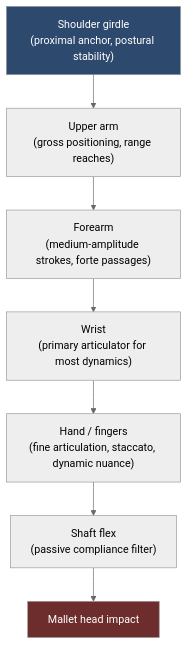
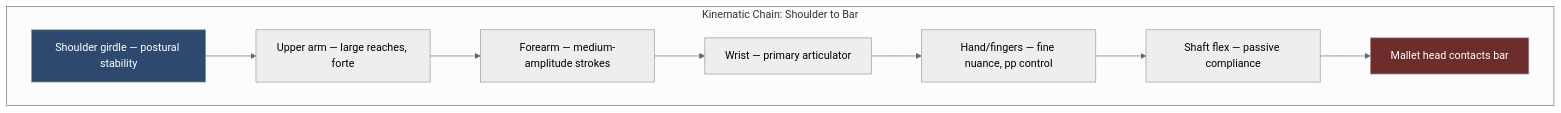
One commit to blebleblee/synapse changed the third of 7 diagrams in topics/arts/music_performance/percussion/lesson_01_mallet_techniques.md. Above: the diagram before and after it, drawn with Mermaid (neutral theme). The commit also changed other lines of this file and 4 other files, not shown here.

````diff
--- a/topics/arts/music_performance/percussion/lesson_01_mallet_techniques.md
+++ b/topics/arts/music_performance/percussion/lesson_01_mallet_techniques.md
@@ -124,15 +153,15 @@
 ```mermaid
 graph TD
-    A["Shoulder girdle\n(proximal anchor, postural stability)"]
-    B["Upper arm\n(gross positioning, range reaches)"]
-    C["Forearm\n(medium-amplitude strokes, forte passages)"]
-    D["Wrist\n(primary articulator for most dynamics)"]
-    E["Hand / fingers\n(fine articulation, staccato, dynamic nuance)"]
-    F["Shaft flex\n(passive compliance filter)"]
-    G["Mallet head impact"]
-
-    A --> B --> C --> D --> E --> F --> G
-
+    subgraph sub_chain ["Kinematic Chain: Shoulder to Bar"]
+        A["Shoulder girdle — postural stability"]
+        B["Upper arm — large reaches, forte"]
+        C["Forearm — medium-amplitude strokes"]
+        D["Wrist — primary articulator"]
+        E["Hand/fingers — fine nuance, pp control"]
+        F["Shaft flex — passive compliance"]
+        G["Mallet head contacts bar"]
+        A --> B --> C --> D --> E --> F --> G
+    end
     style A fill:#2d4a6e,color:#fff
     style G fill:#6e2d2d,color:#fff
 ```
````
